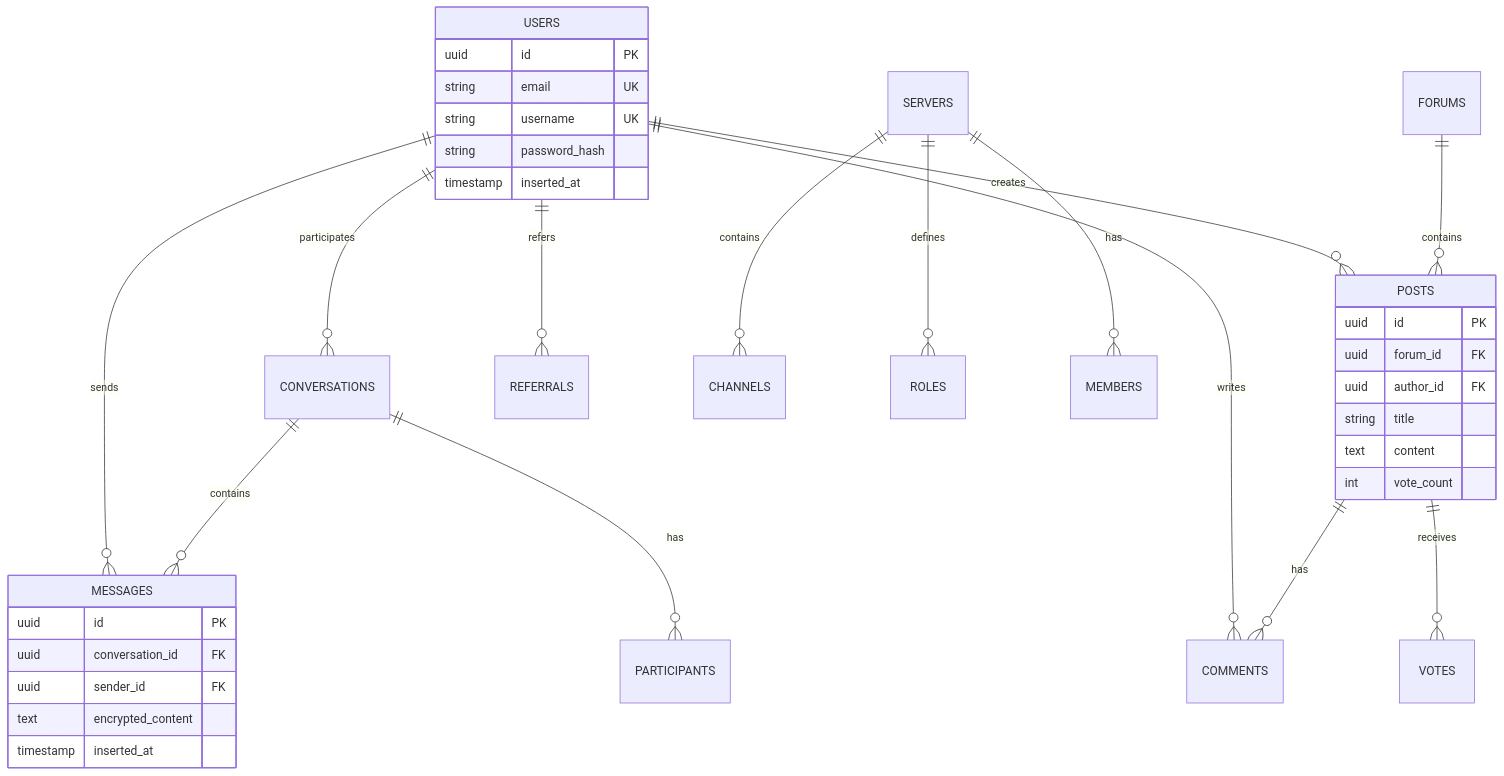
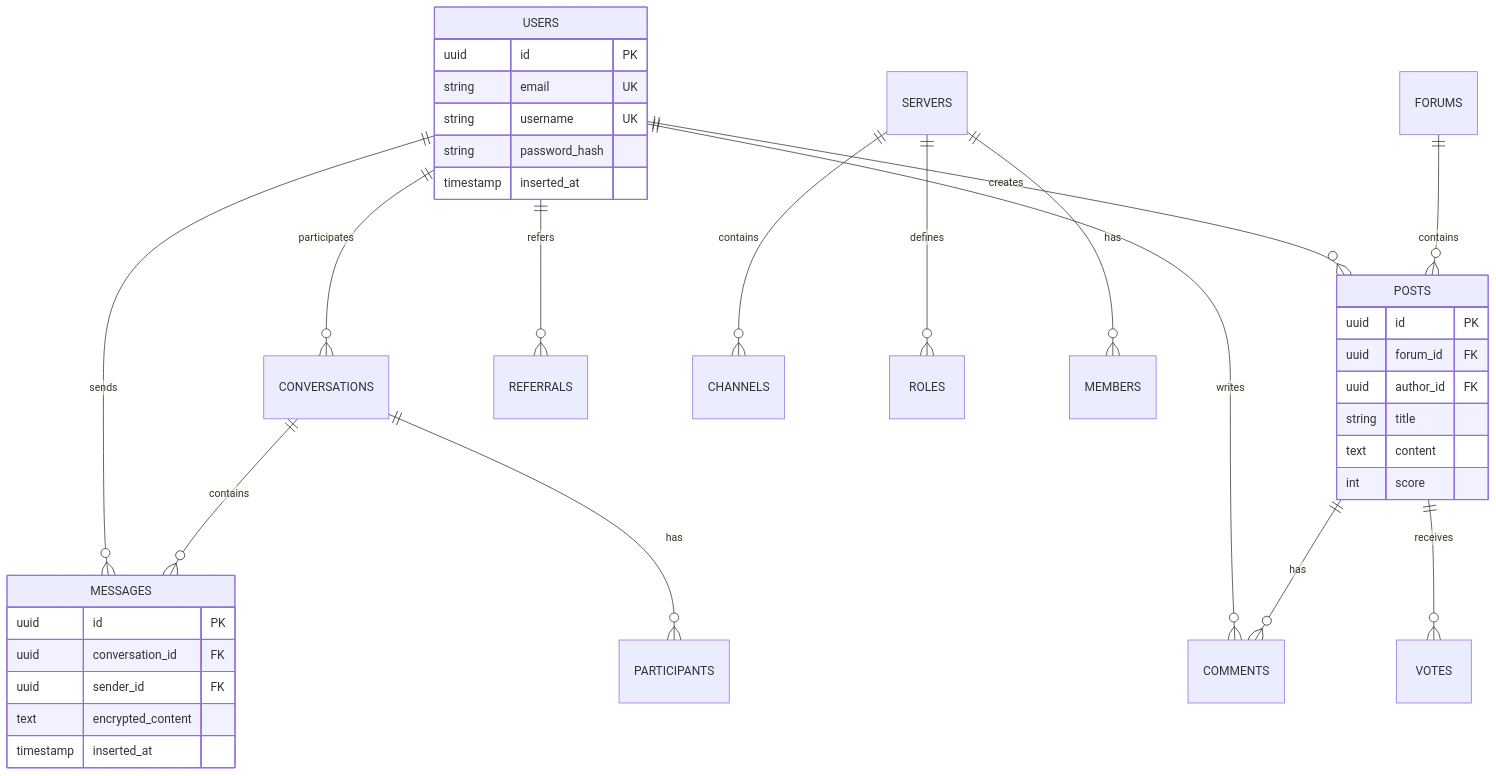
One commit to cgraph-dev/CGraph changed the sixth of 13 diagrams in docs/ARCHITECTURE_DIAGRAMS.md. Above: the diagram before and after it, drawn with Mermaid. The commit also changed other lines of this file and 5 other files, not shown here.

````diff
--- a/docs/ARCHITECTURE_DIAGRAMS.md
+++ b/docs/ARCHITECTURE_DIAGRAMS.md
@@ -192,44 +192,44 @@
 ```mermaid
 erDiagram
     USERS ||--o{ CONVERSATIONS : participates
     USERS ||--o{ MESSAGES : sends
     USERS ||--o{ POSTS : creates
     USERS ||--o{ COMMENTS : writes
     USERS ||--o{ REFERRALS : refers
 
     CONVERSATIONS ||--o{ MESSAGES : contains
     CONVERSATIONS ||--o{ PARTICIPANTS : has
 
     FORUMS ||--o{ POSTS : contains
     POSTS ||--o{ COMMENTS : has
     POSTS ||--o{ VOTES : receives
 
     SERVERS ||--o{ CHANNELS : contains
     SERVERS ||--o{ ROLES : defines
     SERVERS ||--o{ MEMBERS : has
 
     USERS {
         uuid id PK
         string email UK
         string username UK
         string password_hash
         timestamp inserted_at
     }
 
     MESSAGES {
         uuid id PK
         uuid conversation_id FK
         uuid sender_id FK
         text encrypted_content
         timestamp inserted_at
     }
 
     POSTS {
         uuid id PK
         uuid forum_id FK
         uuid author_id FK
         string title
         text content
-        int vote_count
+        int score
     }
 ```
````
